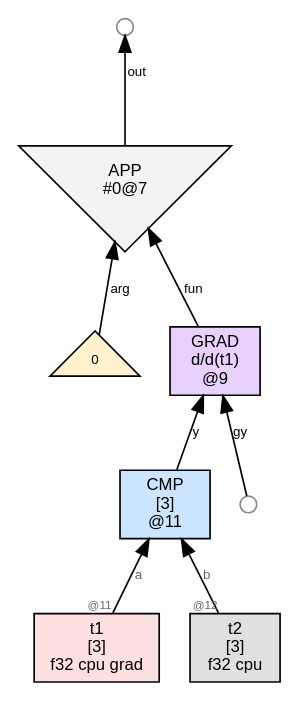
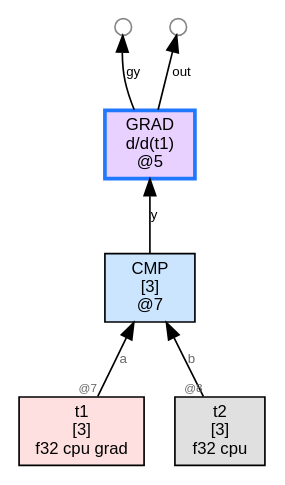
The diagram in wl/examples/thvm_graphs/grad_rules/cmp/thvm_0_pre_reduce.dot (sw1sh/TinyHVM), drawn with Graphviz before and after one commit. The commit also changed 261 other files, not shown here.

First line of the commit message:
grad: flip gy arrow outward; drop APP wrap; insert explicit GC sweep phase

```diff
--- a/wl/examples/thvm_graphs/grad_rules/cmp/thvm_0_pre_reduce.dot
+++ b/wl/examples/thvm_graphs/grad_rules/cmp/thvm_0_pre_reduce.dot
@@ -1,21 +1,17 @@
 digraph G {
   rankdir=BT;
   node [fontname="Helvetica", fontsize=10, style=filled, shape=box, margin="0.1,0.05"];
   edge [fontsize=8, fontname="Helvetica"];
 
-  n9 [label="GRAD\nd/d(t1)\n@9", shape=box, fillcolor="#e8d0ff"];
-  n11 -> n9 [label="y"];
-  free9_1 [label="",shape=circle,width=0.14,height=0.14,fixedsize=true,fillcolor="#ffffff",color="#888888",fontsize=1];
-  free9_1 -> n9 [label="gy"];
-  n11 [label="CMP\n[3]\n@11", shape=box, fillcolor="#cce5ff"];
+  n7 [label="CMP\n[3]\n@7", shape=box, fillcolor="#cce5ff"];
   t1 [label="t1\n[3]\nf32 cpu grad",shape=box,fillcolor="#ffe0e0"];
-  t1 -> n11 [label="a",taillabel="@11",labelfontsize=7,fontcolor="#666666"];
+  t1 -> n7 [label="a",taillabel="@7",labelfontsize=7,fontcolor="#666666"];
   t2 [label="t2\n[3]\nf32 cpu",shape=box,fillcolor="#e0e0e0"];
-  t2 -> n11 [label="b",taillabel="@12",labelfontsize=7,fontcolor="#666666"];
-  n7 [label="APP\n#0@7", shape=invtriangle, fillcolor="#f3f3f3"];
-  n9 -> n7 [label="fun"];
-  num_app7_1 [label="0",shape=triangle,fillcolor="#fff2cc",fontsize=8];
-  num_app7_1 -> n7 [label="arg"];
-  free7_1000 [label="",shape=circle,width=0.14,height=0.14,fixedsize=true,fillcolor="#ffffff",color="#888888",fontsize=1];
-  n7 -> free7_1000 [label="out"];
+  t2 -> n7 [label="b",taillabel="@8",labelfontsize=7,fontcolor="#666666"];
+  n5 [label="GRAD\nd/d(t1)\n@5", shape=box, fillcolor="#e8d0ff",color="#1f78ff",penwidth=2.2];
+  n7 -> n5 [label="y"];
+  free5_1 [label="",shape=circle,width=0.14,height=0.14,fixedsize=true,fillcolor="#ffffff",color="#888888",fontsize=1];
+  n5 -> free5_1 [label="gy"];
+  free5_1000 [label="",shape=circle,width=0.14,height=0.14,fixedsize=true,fillcolor="#ffffff",color="#888888",fontsize=1];
+  n5 -> free5_1000 [label="out"];
 }
```
